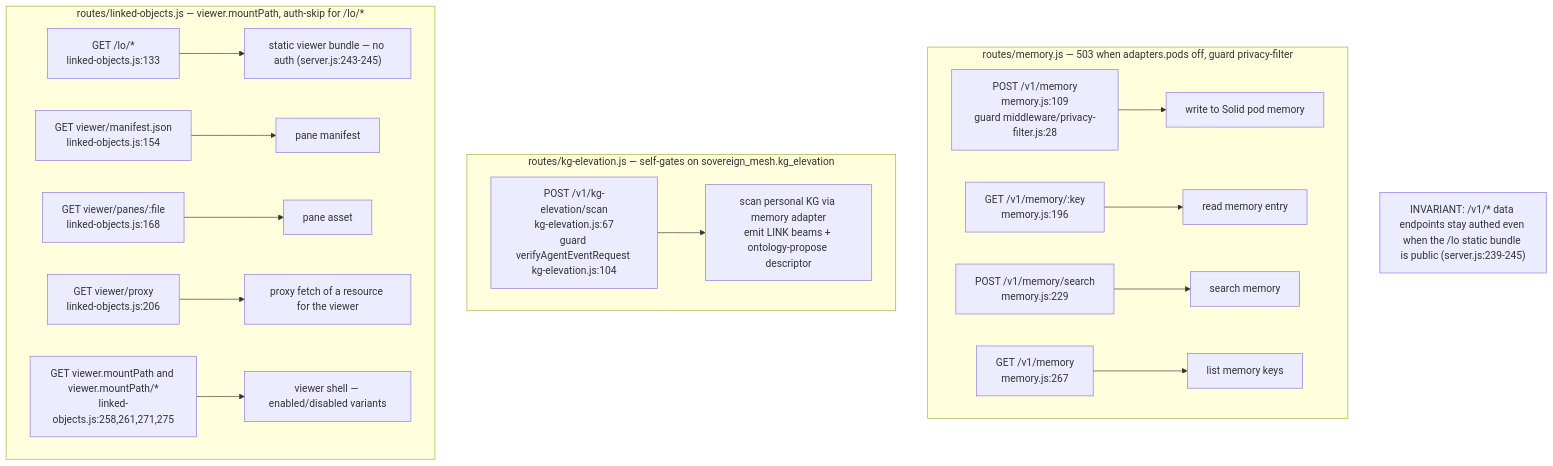
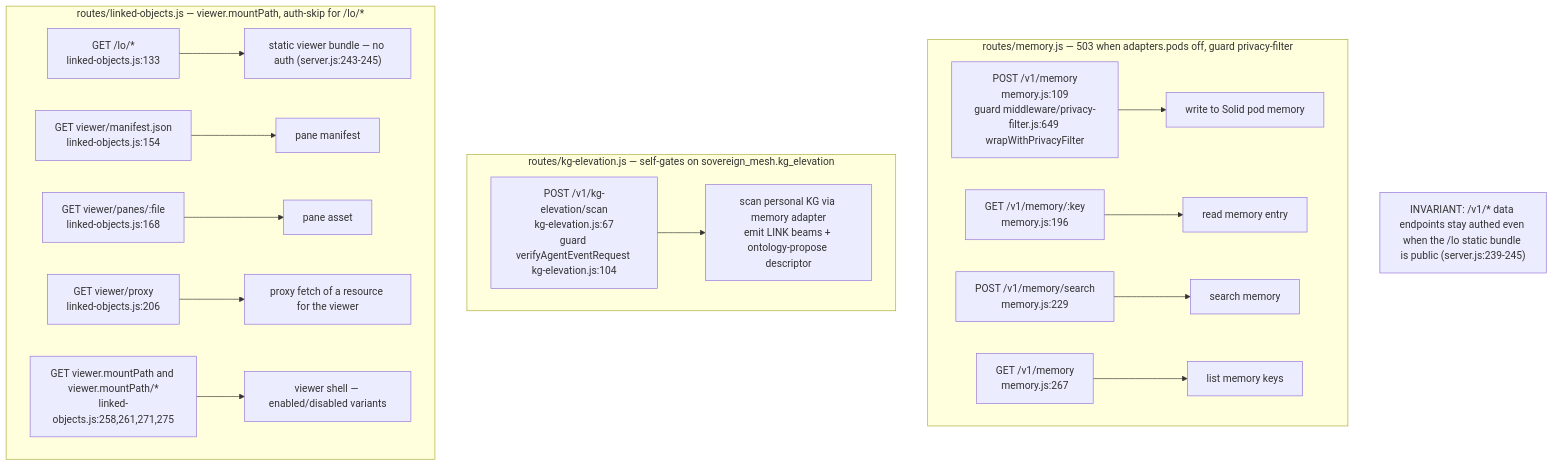
Before and after one commit to DreamLab-AI/VisionFlow: the eighth of 17 diagrams in docs/diagrams/agentbox/03-management-api-request-lifecycle.md, drawn with Mermaid. The commit also changed other lines of this file and 51 other files, not shown here.

First line of the commit message:
docs(diagrams): agentbox AB-01..13 re-attested anchor by anchor (980 anchors, 22 defects); checkpoint against an out-of-mesh writer

````diff
--- a/docs/diagrams/agentbox/03-management-api-request-lifecycle.md
+++ b/docs/diagrams/agentbox/03-management-api-request-lifecycle.md
@@ -331,20 +331,20 @@
 ```mermaid
 flowchart TD
     subgraph memory["routes/memory.js — 503 when adapters.pods off, guard privacy-filter"]
-        M1["POST /v1/memory<br/>memory.js:109<br/>guard middleware/privacy-filter.js:28"] --> MH1["write to Solid pod memory"]
+        M1["POST /v1/memory<br/>memory.js:109<br/>guard middleware/privacy-filter.js:649 wrapWithPrivacyFilter"] --> MH1["write to Solid pod memory"]
         M2["GET /v1/memory/:key<br/>memory.js:196"] --> MH2["read memory entry"]
         M3["POST /v1/memory/search<br/>memory.js:229"] --> MH3["search memory"]
         M4["GET /v1/memory<br/>memory.js:267"] --> MH4["list memory keys"]
     end
     subgraph kg["routes/kg-elevation.js — self-gates on sovereign_mesh.kg_elevation"]
         K1["POST /v1/kg-elevation/scan<br/>kg-elevation.js:67<br/>guard verifyAgentEventRequest kg-elevation.js:104"] --> KH1["scan personal KG via memory adapter<br/>emit LINK beams + ontology-propose descriptor"]
     end
     subgraph lo["routes/linked-objects.js — viewer.mountPath, auth-skip for /lo/*"]
         L1["GET /lo/*<br/>linked-objects.js:133"] --> LH1["static viewer bundle — no auth (server.js:243-245)"]
         L2["GET viewer/manifest.json<br/>linked-objects.js:154"] --> LH2["pane manifest"]
         L3["GET viewer/panes/:file<br/>linked-objects.js:168"] --> LH3["pane asset"]
         L4["GET viewer/proxy<br/>linked-objects.js:206"] --> LH4["proxy fetch of a resource for the viewer"]
         L5["GET viewer.mountPath and viewer.mountPath/*<br/>linked-objects.js:258,261,271,275"] --> LH5["viewer shell — enabled/disabled variants"]
     end
     Note1["INVARIANT: /v1/* data endpoints stay authed even when the /lo static bundle is public (server.js:239-245)"]
 ```
````
